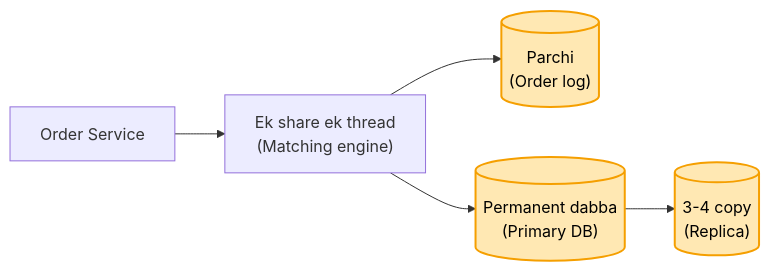
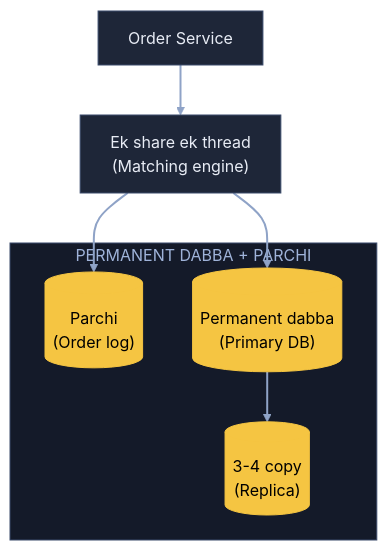
Before and after one commit to ArpanMaheshwari144/Prep: the fifth of 9 diagrams in 04_HLD/SYSTEM_DESIGNS/05_stock_broker_trading/05_stock_broker_trading.md, drawn with Mermaid. The commit also changed other lines of this file, not shown here.

Commit message:
Stock: 9 diagram YouTube (reel) wale card andaaz me

````diff
--- a/04_HLD/SYSTEM_DESIGNS/05_stock_broker_trading/05_stock_broker_trading.md
+++ b/04_HLD/SYSTEM_DESIGNS/05_stock_broker_trading/05_stock_broker_trading.md
@@ -119,10 +165,20 @@
 ```mermaid
-flowchart LR
-    O["Order Service"] --> M["Ek share ek thread<br/>(Matching engine)"]
-    M --> L[("Parchi<br/>(Order log)")]
-    M --> D[("Permanent dabba<br/>(Primary DB)")]
-    D --> C[("3-4 copy<br/>(Replica)")]
-    style L fill:#ffe8b3,stroke:#f59f00,stroke-width:2px,color:#000
-    style D fill:#ffe8b3,stroke:#f59f00,stroke-width:2px,color:#000
-    style C fill:#ffe8b3,stroke:#f59f00,stroke-width:2px,color:#000
+flowchart TB
+    O["Order Service"]:::card
+    M["Ek share ek thread<br/>(Matching engine)"]:::card
+    subgraph PD["PERMANENT DABBA + PARCHI"]
+        L[("Parchi<br/>(Order log)")]:::pill
+        D[("Permanent dabba<br/>(Primary DB)")]:::pill
+        C[("3-4 copy<br/>(Replica)")]:::pill
+    end
+    O --> M
+    M --> L
+    M --> D
+    D --> C
+    linkStyle default stroke:#8fa3c7,stroke-width:2px
+    classDef card fill:#1e2638,stroke:#3a4a6b,color:#e8ecf5
+    classDef pill fill:#f5c542,stroke:#f5c542,color:#000
+    classDef good fill:#2e7d4f,stroke:#3fbf6f,color:#fff
+    classDef bad fill:#5c1f24,stroke:#e05561,color:#fff
+    style PD fill:#141a29,stroke:#3a4a6b,color:#9fb3d9
 ```
````
